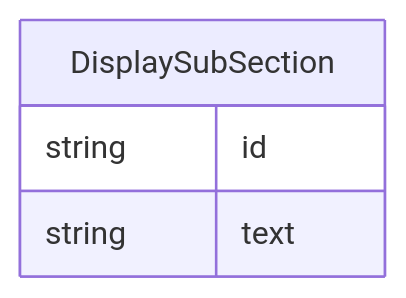
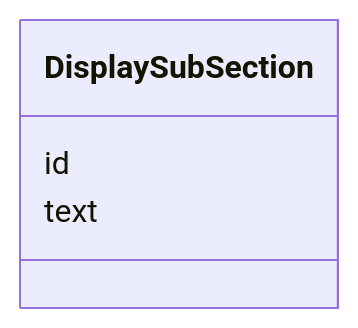
Before and after one commit to cdisc-org/analysis-results-standard: the diagram in project/docs/DisplaySubSection.md, drawn with Mermaid. The commit also changed 256 other files, not shown here.

Commit message:
Documentation diagrams

````diff
--- a/project/docs/DisplaySubSection.md
+++ b/project/docs/DisplaySubSection.md
@@ -13,10 +15,9 @@
 ```mermaid
-erDiagram
-DisplaySubSection {
-    string id  
-    string text  
-}
-
-
-
+ classDiagram
+    class DisplaySubSection
+      DisplaySubSection : id
+        
+      DisplaySubSection : text
+        
+      
 ```
````
